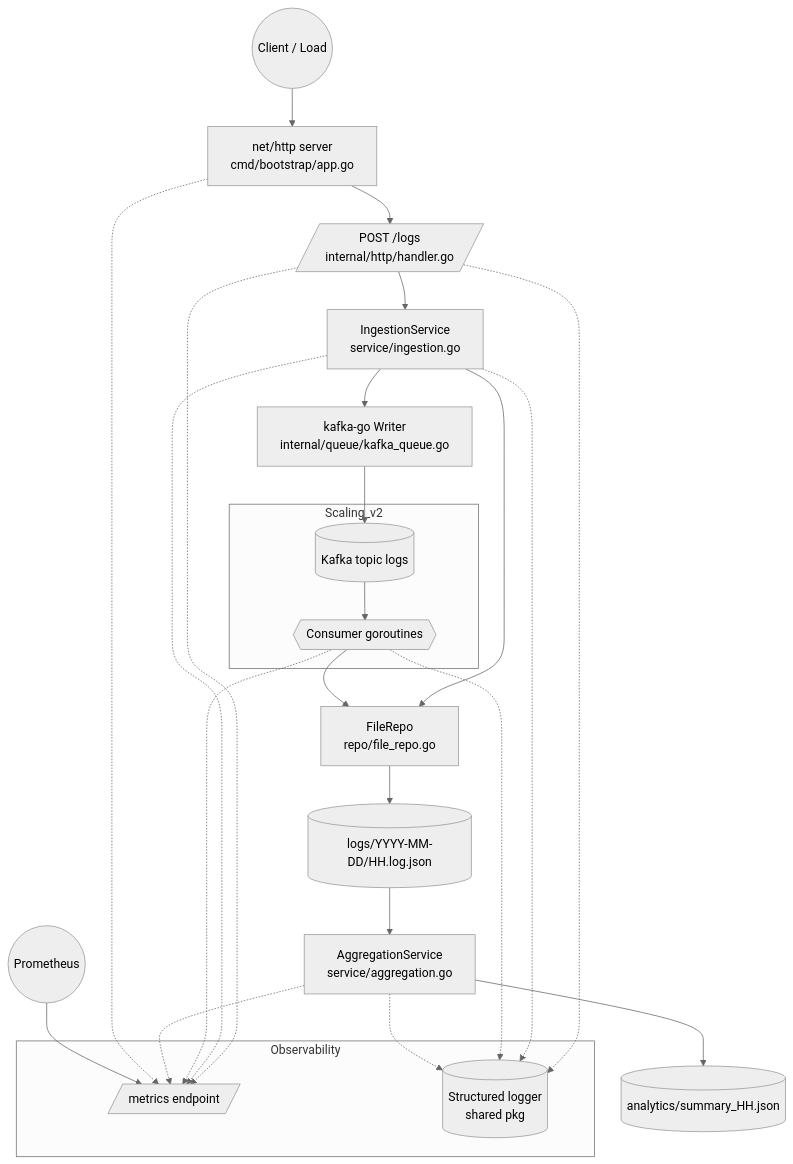
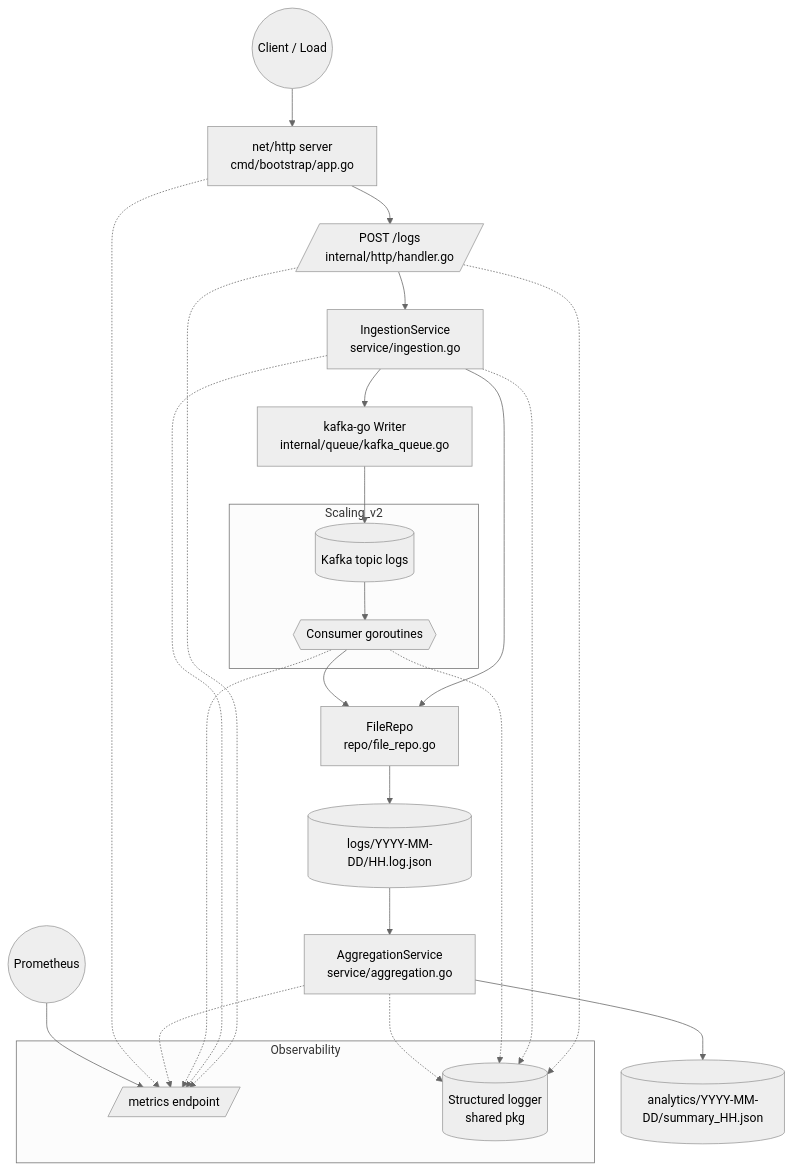
The diagram in docs/request_flow.md (lechuhuuha/log_forge), drawn with Mermaid (neutral theme) before and after one commit. The commit also changed 8 other files, not shown here.

````diff
--- a/docs/request_flow.md
+++ b/docs/request_flow.md
@@ -1,52 +1,52 @@
 ```mermaid
 flowchart TD
     Client((Client / Load))
     HTTP[net/http server\ncmd/bootstrap/app.go]
     LogsHandler[/POST /logs\ninternal/http/handler.go/]
     Ingestion[IngestionService\nservice/ingestion.go]
     Store[FileRepo\nrepo/file_repo.go]
     KafkaWriter[kafka-go Writer\ninternal/queue/kafka_queue.go]
     Kafka[(Kafka topic logs)]
     Consumers{{Consumer goroutines}}
     NDJSON[(logs/YYYY-MM-DD/HH.log.json)]
     Aggregator[AggregationService\nservice/aggregation.go]
-    Analytics[(analytics/summary_HH.json)]
+    Analytics[(analytics/YYYY-MM-DD/summary_HH.json)]
     PromScraper((Prometheus))
     Metrics[/metrics endpoint/]
     Logger[(Structured logger\nshared pkg)]
 
     Client --> HTTP
     HTTP --> LogsHandler
     LogsHandler --> Ingestion
     Ingestion --> Store
     Ingestion --> KafkaWriter
     KafkaWriter --> Kafka
     Kafka --> Consumers
     Consumers --> Store
     Store --> NDJSON
     NDJSON --> Aggregator
     Aggregator --> Analytics
 
     subgraph Observability
         Metrics
         Logger
     end
 
     LogsHandler -.-> Metrics
     Ingestion -.-> Metrics
     Consumers -.-> Metrics
     Aggregator -.-> Metrics
     HTTP -.-> Metrics
     PromScraper --> Metrics
 
     LogsHandler -.-> Logger
     Ingestion -.-> Logger
     Consumers -.-> Logger
     Aggregator -.-> Logger
 
     subgraph Scaling_v2
         Kafka
         Consumers
     end
 
 ```
````
